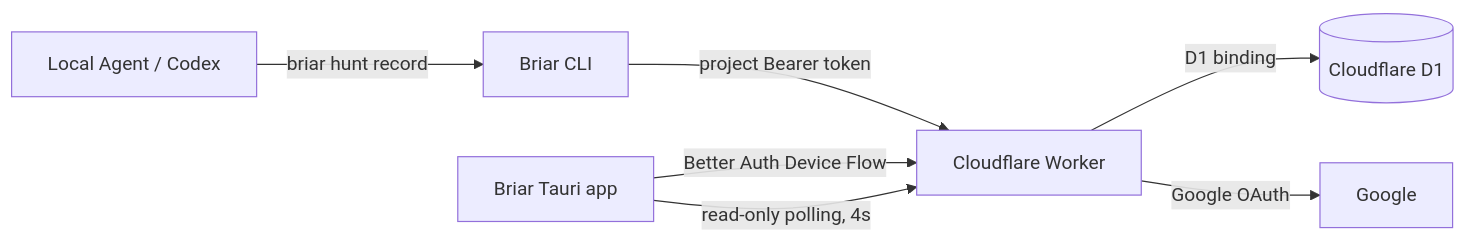
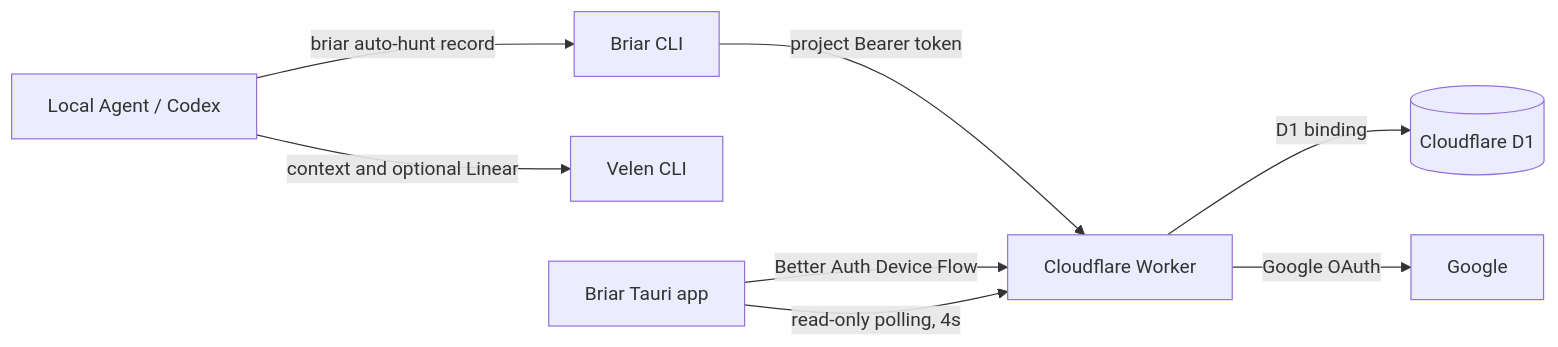
Before and after one commit to wordbricks/briar: the diagram in README.md, drawn with Mermaid. The commit also changed other lines of this file and 38 other files, not shown here.

Commit message:
Generalize Auto Hunt with Velen and optional Linear

````diff
--- a/README.md
+++ b/README.md
@@ -23,9 +27,10 @@
 ```mermaid
 flowchart LR
-  A["Local Agent / Codex"] -->|"briar hunt record"| C["Briar CLI"]
+  A["Local Agent / Codex"] -->|"briar auto-hunt record"| C["Briar CLI"]
+  A -->|"context and optional Linear"| V["Velen CLI"]
   C -->|"project Bearer token"| W["Cloudflare Worker"]
   D["Briar Tauri app"] -->|"Better Auth Device Flow"| W
   D -->|"read-only polling, 4s"| W
   W -->|"D1 binding"| DB[("Cloudflare D1")]
   W -->|"Google OAuth"| G["Google"]
 ```
````
